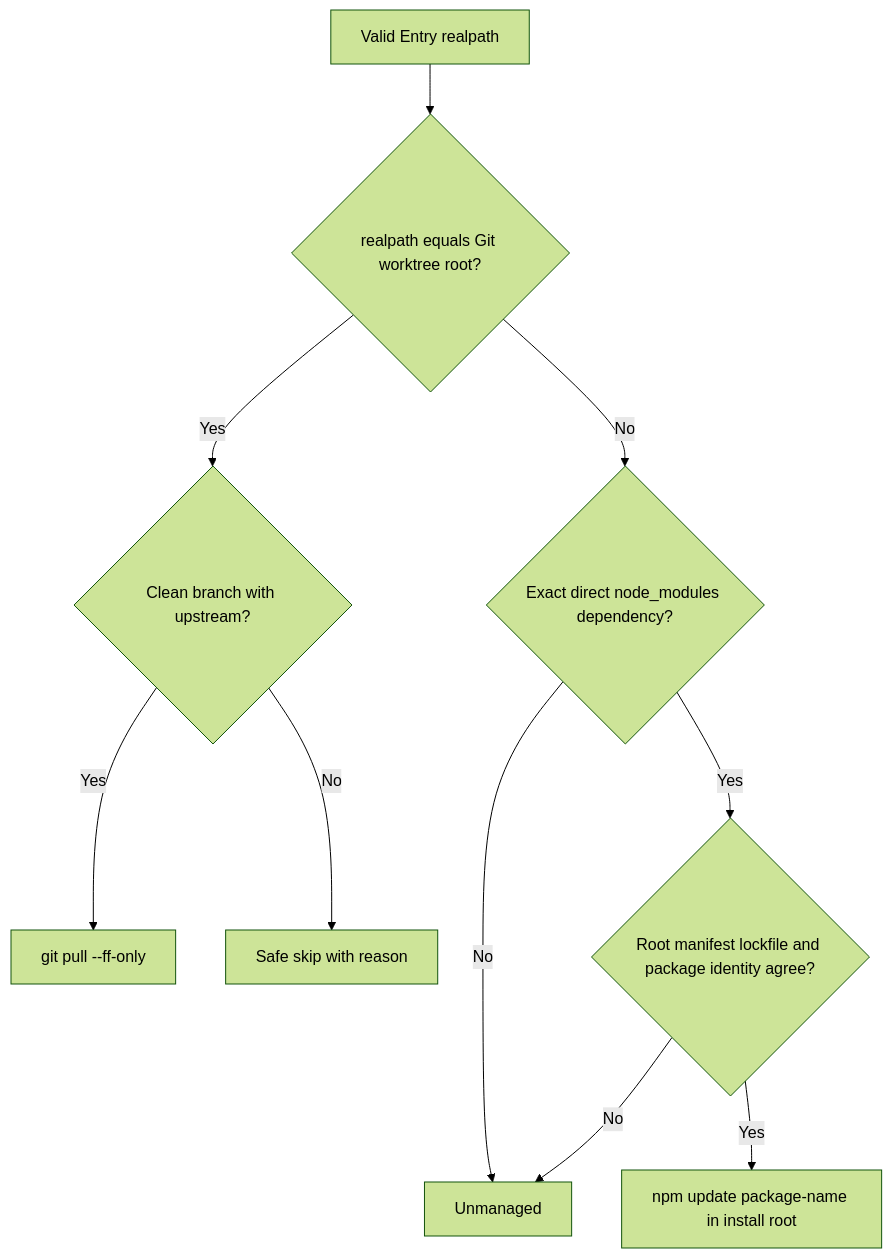
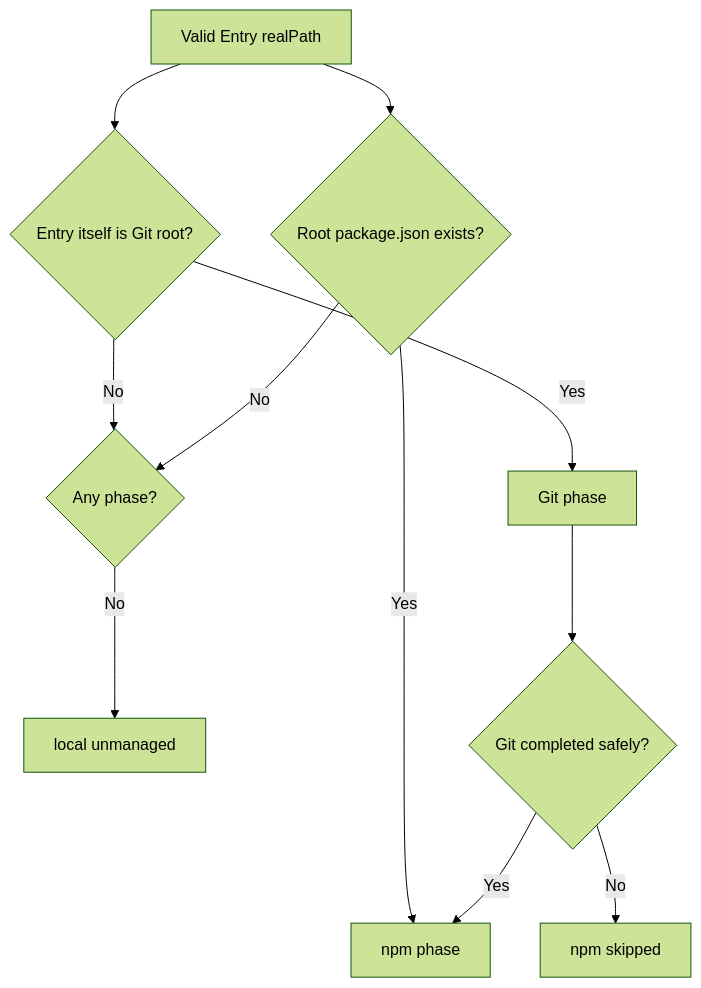
The third of 3 diagrams in docs/RPD.md (SCPZ24/piw), drawn with Mermaid (forest theme) before and after one commit. The commit also changed other lines of this file and 22 other files, not shown here.

````diff
--- a/docs/RPD.md
+++ b/docs/RPD.md
@@ -628,12 +383,13 @@
 ```mermaid
 flowchart TD
-    A[Valid Entry realpath] --> B{realpath equals Git worktree root?}
-    B -- Yes --> C{Clean branch with upstream?}
-    C -- Yes --> D[git pull --ff-only]
-    C -- No --> S[Safe skip with reason]
-    B -- No --> E{Exact direct node_modules dependency?}
-    E -- No --> U[Unmanaged]
-    E -- Yes --> F{Root manifest lockfile and package identity agree?}
-    F -- No --> U
-    F -- Yes --> G[npm update package-name in install root]
+    Entry[Valid Entry realPath] --> Git{Entry itself is Git root?}
+    Entry --> Npm{Root package.json exists?}
+    Git -- Yes --> G[Git phase]
+    Npm -- Yes --> N[npm phase]
+    Git -- No --> None{Any phase?}
+    Npm -- No --> None
+    None -- No --> U[local unmanaged]
+    G --> Safe{Git completed safely?}
+    Safe -- Yes --> N
+    Safe -- No --> Skip[npm skipped]
 ```
````
